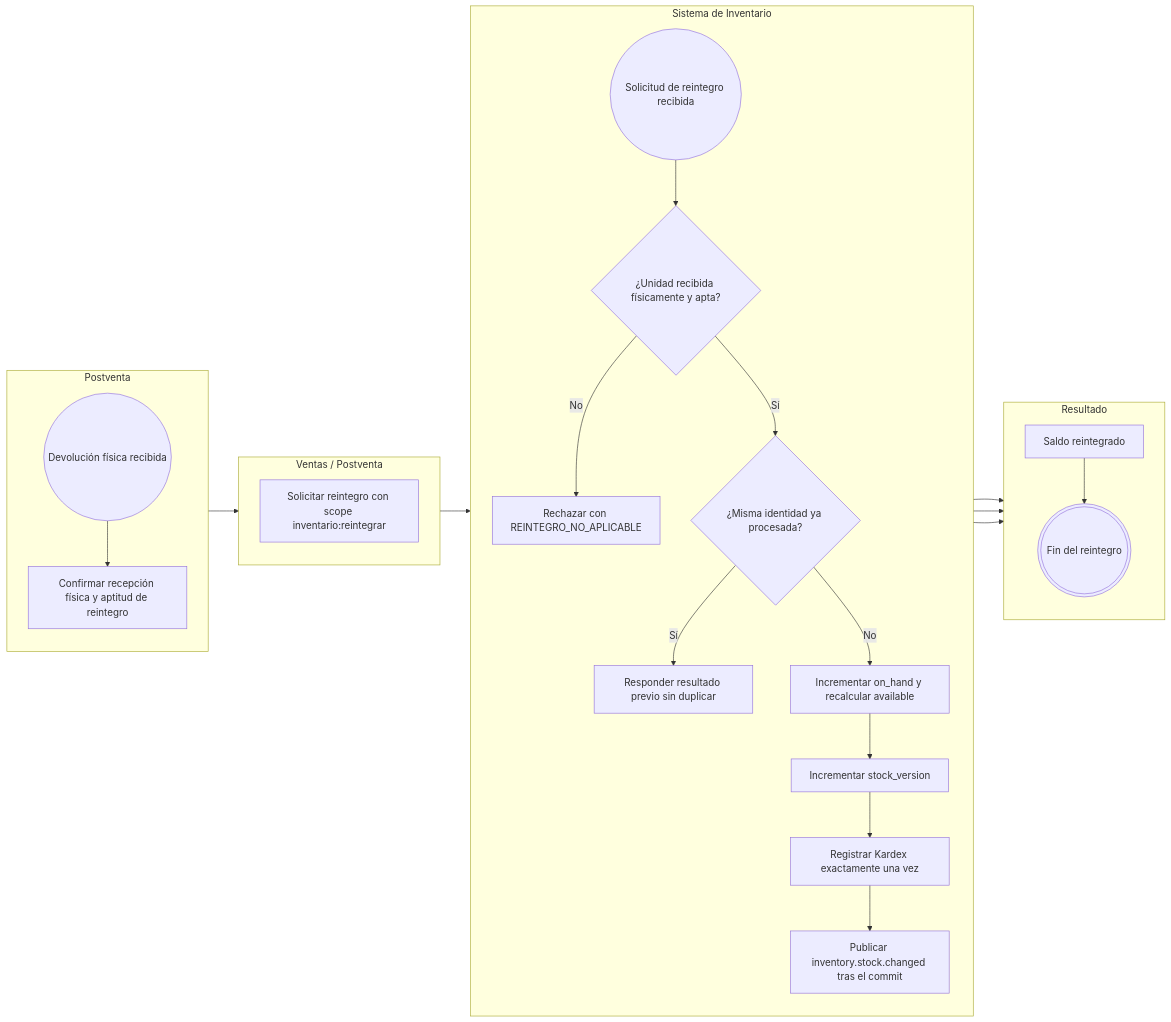
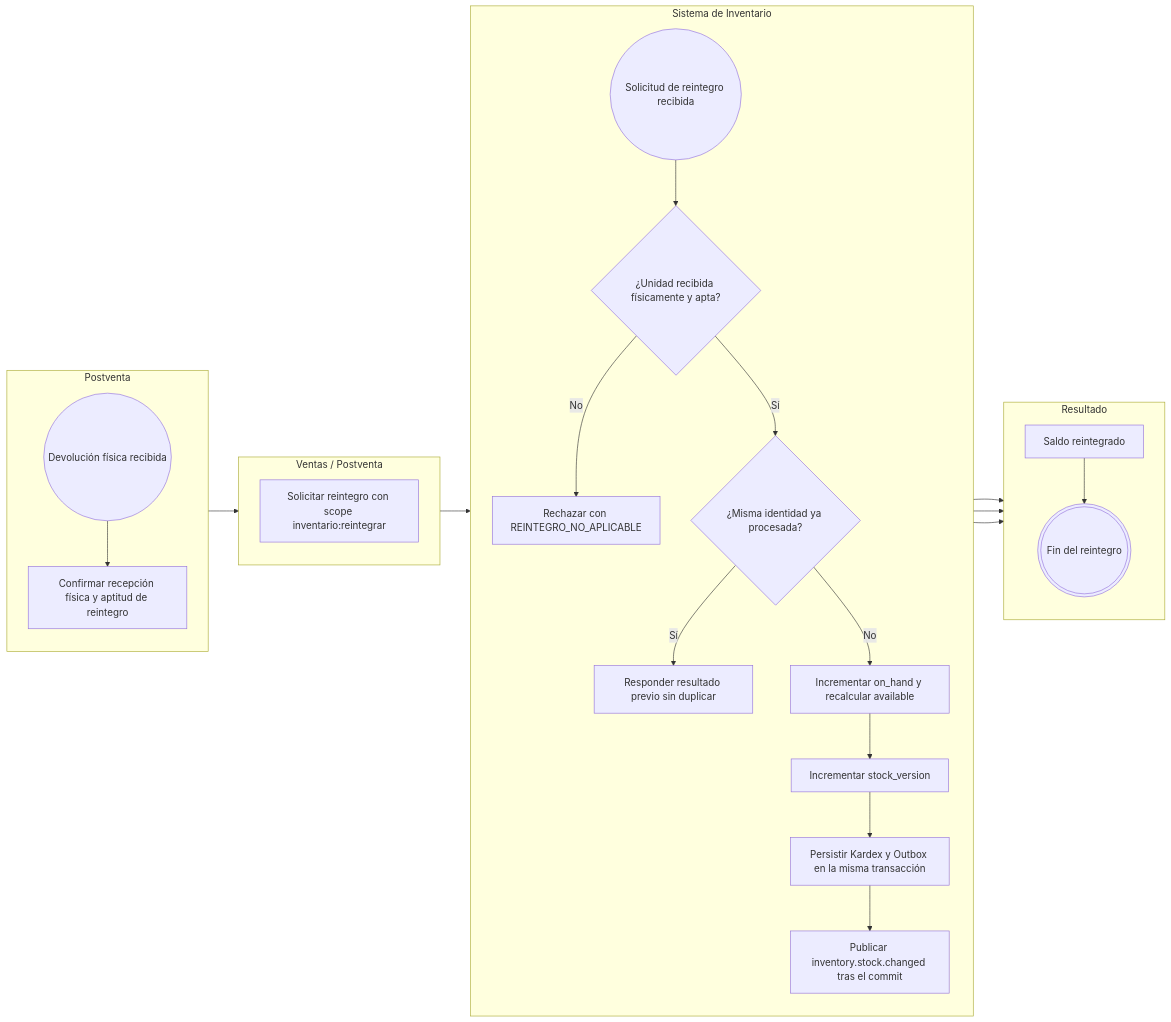
The seventh of 10 diagrams in flujos/FLOW-015-control-stock-disponibilidad.md (Taller-SW-Web/G6-Productos-Ofertas-docs), drawn with Mermaid before and after one commit. The commit also changed other lines of this file and 6 other files, not shown here.

````diff
--- a/flujos/FLOW-015-control-stock-disponibilidad.md
+++ b/flujos/FLOW-015-control-stock-disponibilidad.md
@@ -359,48 +359,48 @@
 ```mermaid
 flowchart LR
     subgraph PV["Postventa"]
         direction TB
         INICIO((Devolución física recibida))
         A1["Confirmar recepción física y aptitud de reintegro"]
     end
 
     subgraph VENT["Ventas / Postventa"]
         direction TB
         A2["Solicitar reintegro con scope inventario:reintegrar"]
     end
 
     subgraph INV["Sistema de Inventario"]
         direction TB
         E1(("Solicitud de reintegro recibida"))
         D2{"¿Unidad recibida físicamente y apta?"}
         A3["Rechazar con REINTEGRO_NO_APLICABLE"]
         D1{"¿Misma identidad ya procesada?"}
         A4["Responder resultado previo sin duplicar"]
         A5["Incrementar on_hand y recalcular available"]
         A6["Incrementar stock_version"]
-        A7["Registrar Kardex exactamente una vez"]
+        A7["Persistir Kardex y Outbox en la misma transacción"]
         A8["Publicar inventory.stock.changed tras el commit"]
     end
 
     subgraph RES["Resultado"]
         direction TB
         B1["Saldo reintegrado"]
         FIN(((Fin del reintegro)))
     end
 
     INICIO --> A1
     A1 --> A2
     A2 --> E1
     E1 --> D2
     D2 -->|"No"| A3
     D2 -->|"Sí"| D1
     A3 --> FIN
     D1 -->|"Sí"| A4
     D1 -->|"No"| A5
     A4 --> B1
     A5 --> A6
     A6 --> A7
     A7 --> A8
     A8 --> B1
     B1 --> FIN
 ```
````
